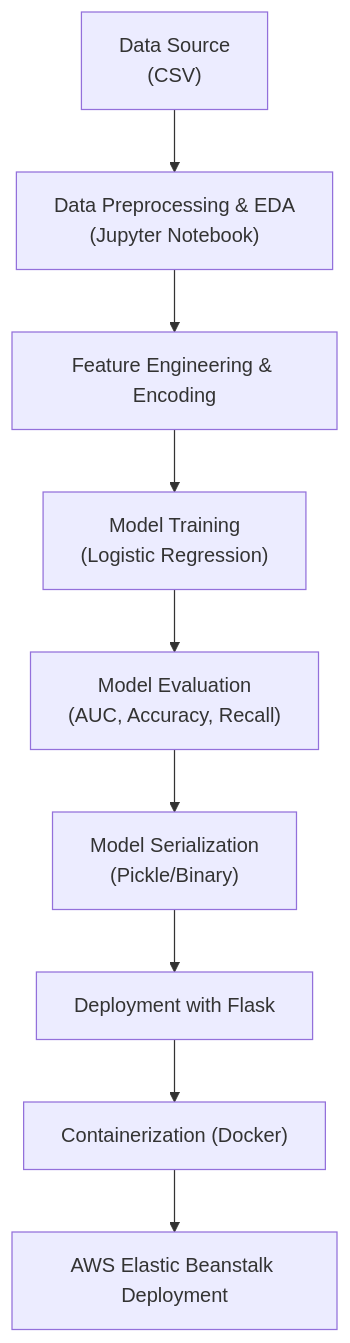
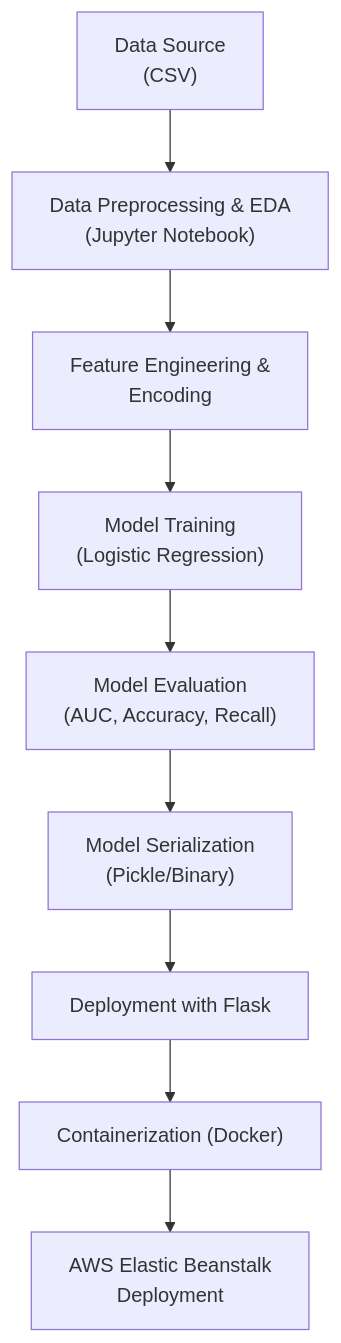
The diagram in README.md (Adebayo88888888/customer_churn_deployment), drawn with Mermaid before and after one commit.

Commit message:
Fix formatting in flowchart section of README

````diff
--- a/README.md
+++ b/README.md
@@ -35,17 +35,19 @@
 ```mermaid
 
 flowchart TD
     A["Data Source
 (CSV)"] --> B["Data Preprocessing & EDA
 (Jupyter Notebook)"]
-    B --> C["Feature Engineering & Encoding"]
+    B --> C["Feature Engineering &
+Encoding"]
     C --> D["Model Training
 (Logistic Regression)"]
     D --> E["Model Evaluation
 (AUC, Accuracy, Recall)"]
     E --> F["Model Serialization
 (Pickle/Binary)"]
     F --> G["Deployment with Flask"]
     G --> H["Containerization (Docker)"]
-    H --> I["AWS Elastic Beanstalk Deployment"]
+    H --> I["AWS Elastic Beanstalk
+Deployment"]
 ```
````
